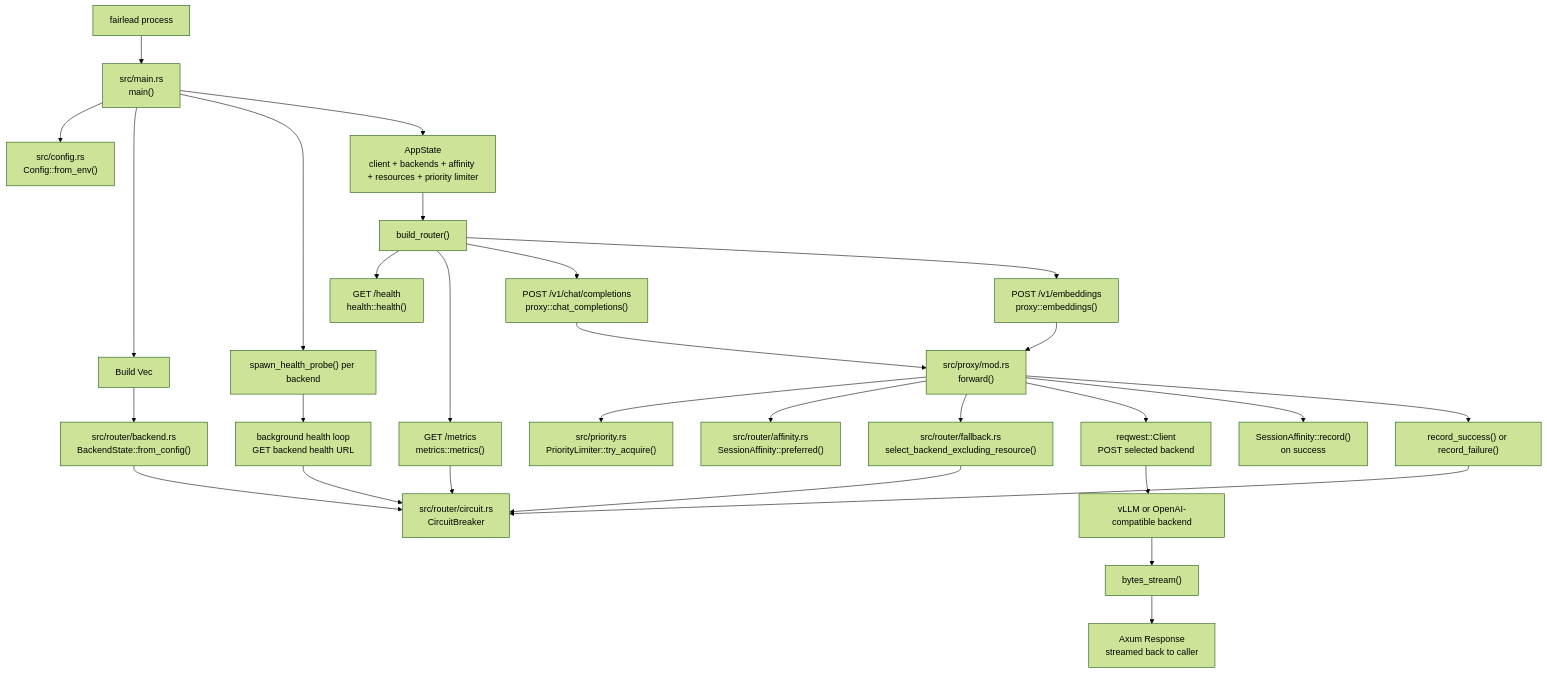
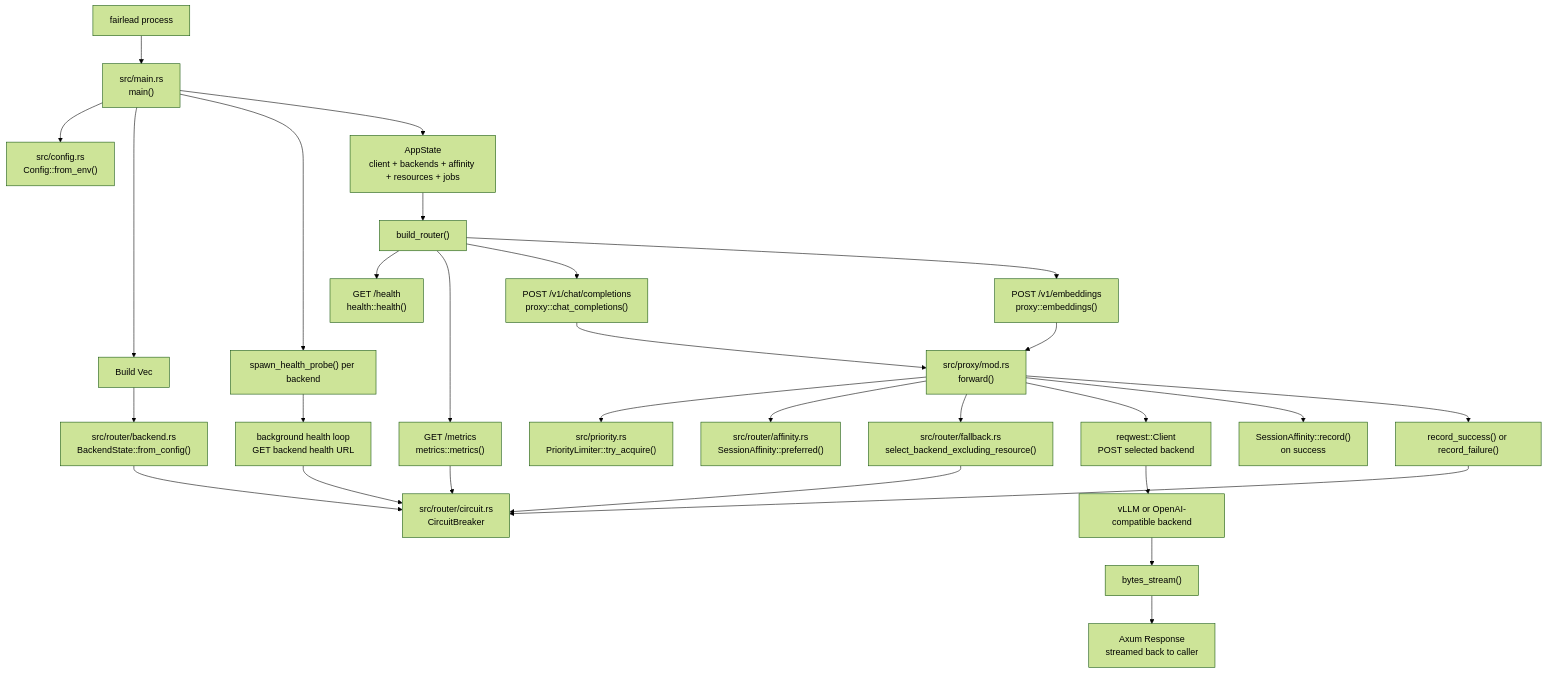
Before and after one commit to ybordag/fairlead: the diagram in docs/implementation/code_walkthrough.md, drawn with Mermaid (forest theme). The commit also changed other lines of this file and 13 other files, not shown here.

````diff
--- a/docs/implementation/code_walkthrough.md
+++ b/docs/implementation/code_walkthrough.md
@@ -27,40 +27,40 @@
 ```mermaid
 flowchart TD
     process["fairlead process"] --> main["src/main.rs\nmain()"]
 
     main --> cfg["src/config.rs\nConfig::from_env()"]
     main --> backend_build["Build Vec<BackendState>"]
     backend_build --> backend_state["src/router/backend.rs\nBackendState::from_config()"]
     backend_state --> circuit["src/router/circuit.rs\nCircuitBreaker"]
 
     main --> probes["spawn_health_probe() per backend"]
     probes --> probe_loop["background health loop\nGET backend health URL"]
     probe_loop --> circuit
 
-    main --> app_state["AppState\nclient + backends + affinity + resources + priority limiter"]
+    main --> app_state["AppState\nclient + backends + affinity + resources + jobs"]
     app_state --> router_build["build_router()"]
 
     router_build --> health_route["GET /health\nhealth::health()"]
     router_build --> metrics_route["GET /metrics\nmetrics::metrics()"]
     router_build --> chat_route["POST /v1/chat/completions\nproxy::chat_completions()"]
     router_build --> embed_route["POST /v1/embeddings\nproxy::embeddings()"]
 
     chat_route --> forward["src/proxy/mod.rs\nforward()"]
     embed_route --> forward
 
     forward --> priority["src/priority.rs\nPriorityLimiter::try_acquire()"]
     forward --> affinity_read["src/router/affinity.rs\nSessionAffinity::preferred()"]
     forward --> select["src/router/fallback.rs\nselect_backend_excluding_resource()"]
     select --> circuit
 
     forward --> reqwest["reqwest::Client\nPOST selected backend"]
     reqwest --> upstream["vLLM or OpenAI-compatible backend"]
     upstream --> stream["bytes_stream()"]
     stream --> caller["Axum Response\nstreamed back to caller"]
 
     forward --> affinity_write["SessionAffinity::record()\non success"]
     forward --> circuit_update["record_success() or record_failure()"]
     circuit_update --> circuit
 
     metrics_route --> circuit
 ```
````
